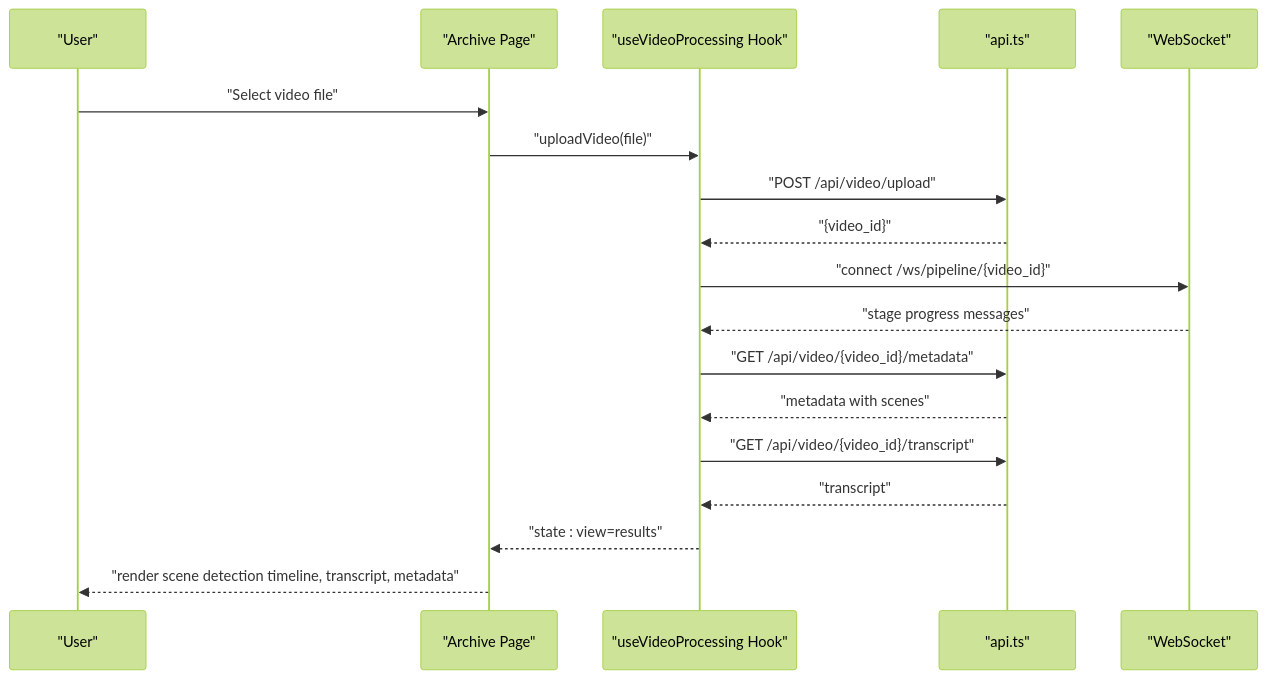
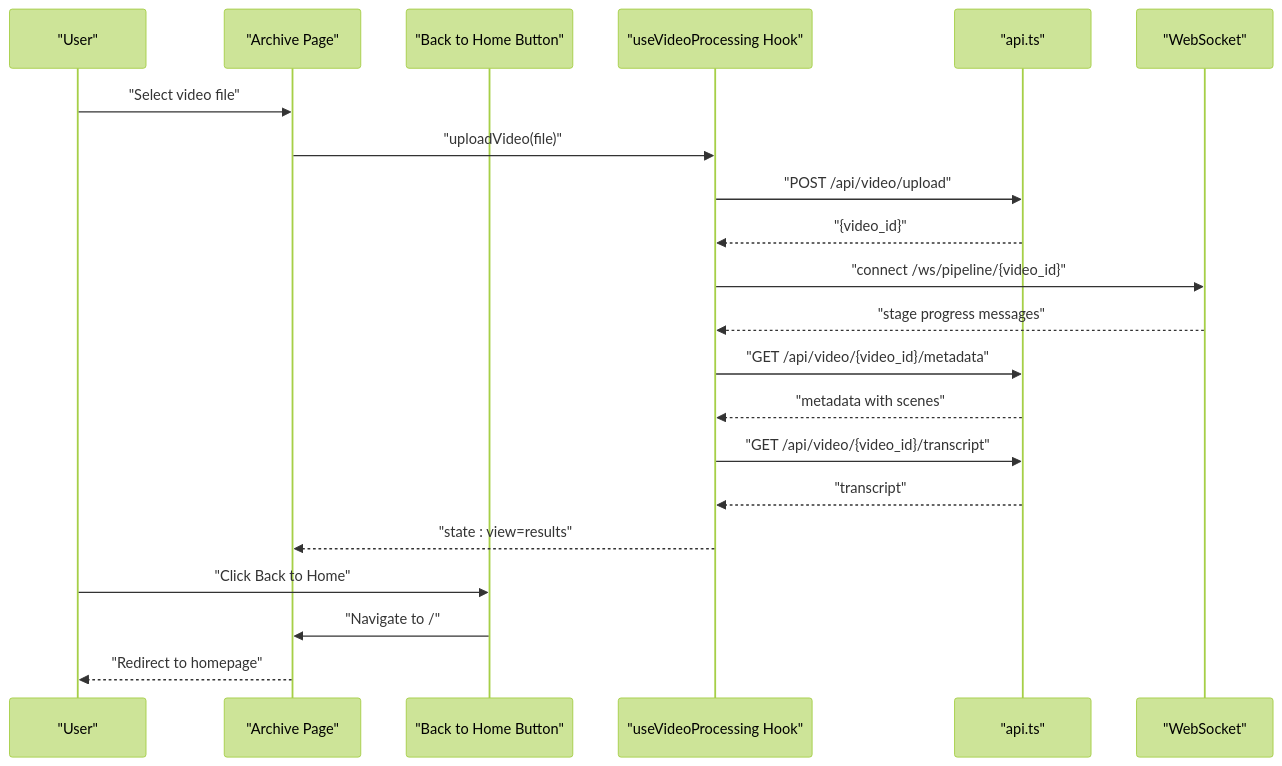
The third of 7 diagrams in .qoder/repowiki/en/content/Frontend Application/Page Components & Routing/Page Components & Routing.md (alexandreybasta-cyber/dubai-media-ai), drawn with Mermaid (forest theme) before and after one commit. The commit also changed other lines of this file and 4 other files, not shown here.

````diff
--- a/.qoder/repowiki/en/content/Frontend Application/Page Components & Routing/Page Components & Routing.md
+++ b/.qoder/repowiki/en/content/Frontend Application/Page Components & Routing/Page Components & Routing.md
@@ -186,20 +173,23 @@
 ```mermaid
 sequenceDiagram
 participant U as "User"
 participant P as "Archive Page"
+participant B as "Back to Home Button"
 participant H as "useVideoProcessing Hook"
 participant API as "api.ts"
 participant WS as "WebSocket"
 U->>P : "Select video file"
 P->>H : "uploadVideo(file)"
 H->>API : "POST /api/video/upload"
 API-->>H : "{video_id}"
 H->>WS : "connect /ws/pipeline/{video_id}"
 WS-->>H : "stage progress messages"
 H->>API : "GET /api/video/{video_id}/metadata"
 API-->>H : "metadata with scenes"
 H->>API : "GET /api/video/{video_id}/transcript"
 API-->>H : "transcript"
 H-->>P : "state : view=results"
-P-->>U : "render scene detection timeline, transcript, metadata"
+U->>B : "Click Back to Home"
+B->>P : "Navigate to /"
+P-->>U : "Redirect to homepage"
 ```
````
